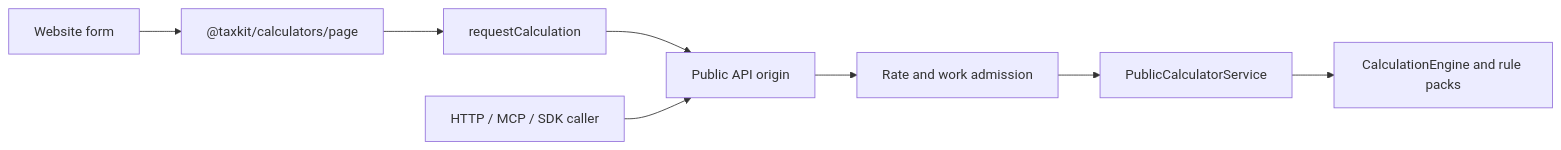
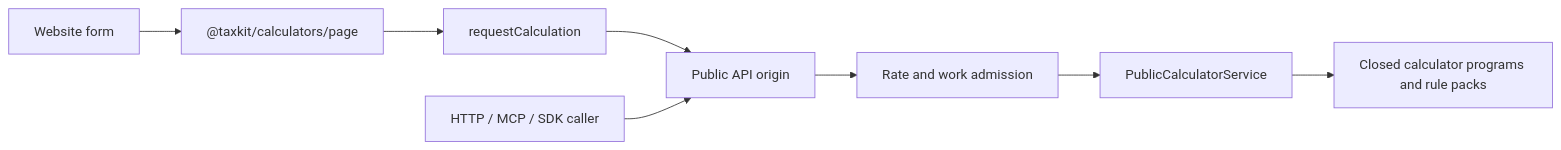
One commit to crcorbett/taxkit changed the first of 2 diagrams in ARCHITECTURE.md. Above: the diagram before and after it, drawn with Mermaid. The commit also changed other lines of this file and 344 other files, not shown here.

First line of the commit message:
Release SDK 6 with closed calculator programs, Effect 4.1 and Alchemy beta.85 (#221)

````diff
--- a/ARCHITECTURE.md
+++ b/ARCHITECTURE.md
@@ -64,10 +66,10 @@
 ```mermaid
 flowchart LR
   Form[Website form] --> Page["@taxkit/calculators/page"]
   Page --> Read["requestCalculation"]
   Read --> API[Public API origin]
   Agent[HTTP / MCP / SDK caller] --> API
   API --> Admission[Rate and work admission]
   Admission --> Calculators[PublicCalculatorService]
-  Calculators --> Engine[CalculationEngine and rule packs]
+  Calculators --> Engine[Closed calculator programs and rule packs]
 ```
````
